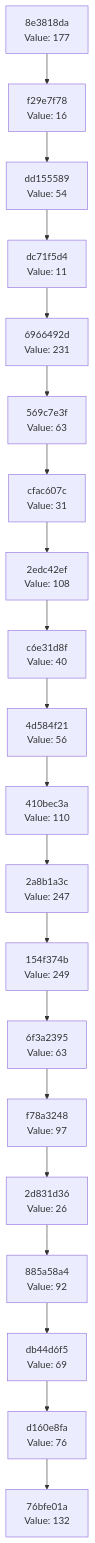
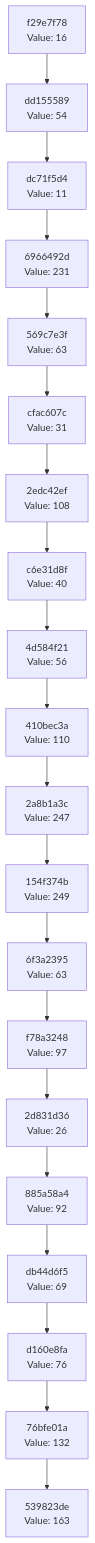
One commit to Abhisheksinha1506/hash-chain-evolver changed the diagram in docs/CHAIN_VISUALIZATION.md. Above: the diagram before and after it, drawn with Mermaid. The commit also changed 2 other files, not shown here.

Commit message:
Evolution Step

````diff
--- a/docs/CHAIN_VISUALIZATION.md
+++ b/docs/CHAIN_VISUALIZATION.md
@@ -3,42 +3,42 @@
 ```mermaid
 graph TD
-    C0["76bfe01a<br/>Value: 132"]
-    C1["d160e8fa<br/>Value: 76"]
+    C0["539823de<br/>Value: 163"]
+    C1["76bfe01a<br/>Value: 132"]
     C1 --> C0
-    C2["db44d6f5<br/>Value: 69"]
+    C2["d160e8fa<br/>Value: 76"]
     C2 --> C1
-    C3["885a58a4<br/>Value: 92"]
+    C3["db44d6f5<br/>Value: 69"]
     C3 --> C2
-    C4["2d831d36<br/>Value: 26"]
+    C4["885a58a4<br/>Value: 92"]
     C4 --> C3
-    C5["f78a3248<br/>Value: 97"]
+    C5["2d831d36<br/>Value: 26"]
     C5 --> C4
-    C6["6f3a2395<br/>Value: 63"]
+    C6["f78a3248<br/>Value: 97"]
     C6 --> C5
-    C7["154f374b<br/>Value: 249"]
+    C7["6f3a2395<br/>Value: 63"]
     C7 --> C6
-    C8["2a8b1a3c<br/>Value: 247"]
+    C8["154f374b<br/>Value: 249"]
     C8 --> C7
-    C9["410bec3a<br/>Value: 110"]
+    C9["2a8b1a3c<br/>Value: 247"]
     C9 --> C8
-    C10["4d584f21<br/>Value: 56"]
+    C10["410bec3a<br/>Value: 110"]
     C10 --> C9
-    C11["c6e31d8f<br/>Value: 40"]
+    C11["4d584f21<br/>Value: 56"]
     C11 --> C10
-    C12["2edc42ef<br/>Value: 108"]
+    C12["c6e31d8f<br/>Value: 40"]
     C12 --> C11
-    C13["cfac607c<br/>Value: 31"]
+    C13["2edc42ef<br/>Value: 108"]
     C13 --> C12
-    C14["569c7e3f<br/>Value: 63"]
+    C14["cfac607c<br/>Value: 31"]
     C14 --> C13
-    C15["6966492d<br/>Value: 231"]
+    C15["569c7e3f<br/>Value: 63"]
     C15 --> C14
-    C16["dc71f5d4<br/>Value: 11"]
+    C16["6966492d<br/>Value: 231"]
     C16 --> C15
-    C17["dd155589<br/>Value: 54"]
+    C17["dc71f5d4<br/>Value: 11"]
     C17 --> C16
-    C18["f29e7f78<br/>Value: 16"]
+    C18["dd155589<br/>Value: 54"]
     C18 --> C17
-    C19["8e3818da<br/>Value: 177"]
+    C19["f29e7f78<br/>Value: 16"]
     C19 --> C18
 ```
````
